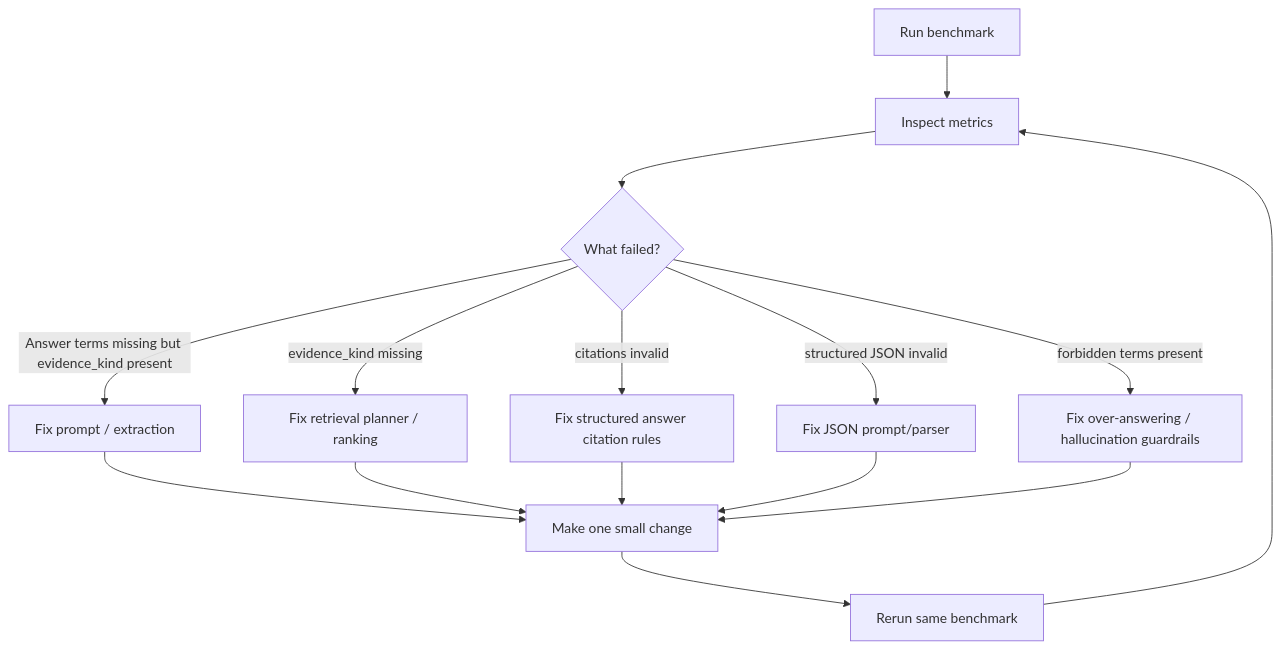
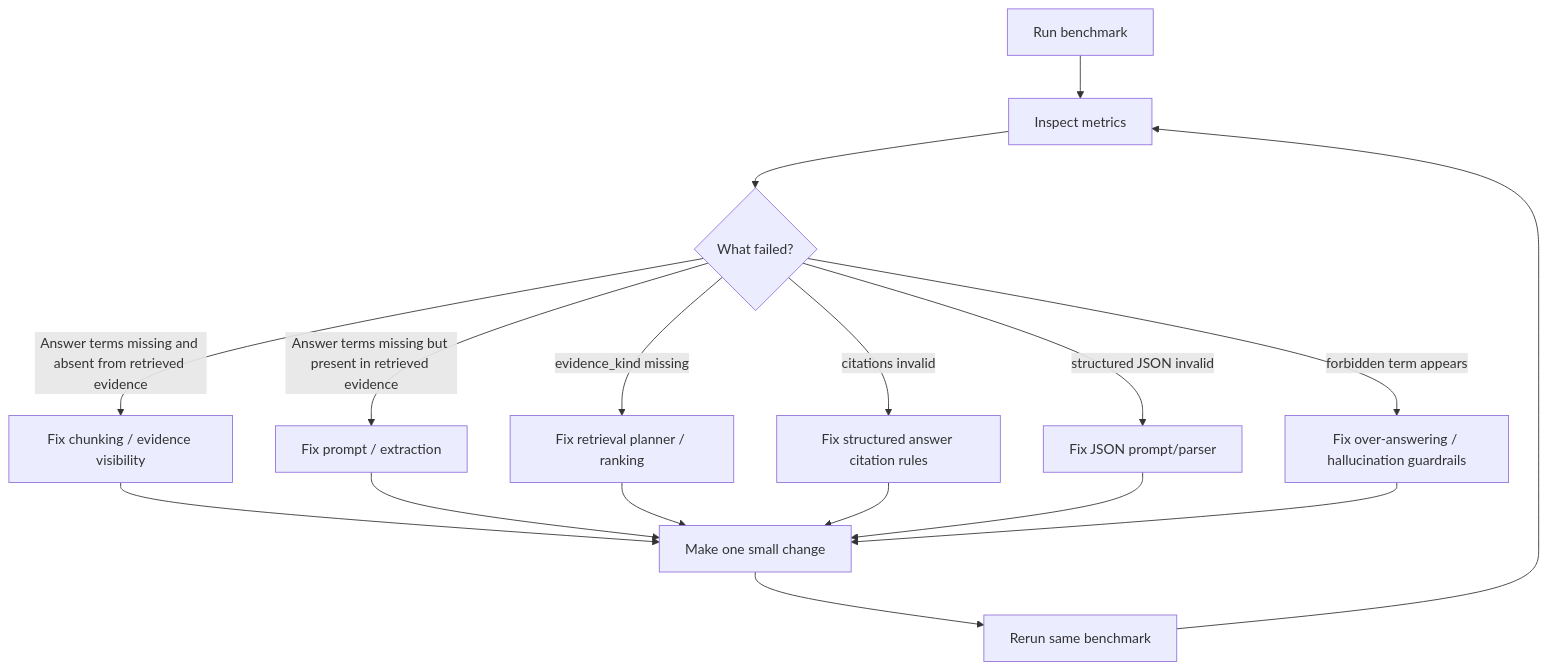
One commit to Kelebrimbor97/Bariatric_Document_version changed the eighth of 8 diagrams in docs/PROJECT_FLOW.md. Above: the diagram before and after it, drawn with Mermaid. The commit also changed other lines of this file and 1 other file, not shown here.

````diff
--- a/docs/PROJECT_FLOW.md
+++ b/docs/PROJECT_FLOW.md
@@ -475,20 +486,22 @@
 ```mermaid
 flowchart TD
     A[Run benchmark] --> B[Inspect metrics]
     B --> C{What failed?}
 
-    C -- Answer terms missing but evidence_kind present --> D[Fix prompt / extraction]
-    C -- evidence_kind missing --> E[Fix retrieval planner / ranking]
-    C -- citations invalid --> F[Fix structured answer citation rules]
-    C -- structured JSON invalid --> G[Fix JSON prompt/parser]
-    C -- forbidden terms present --> H[Fix over-answering / hallucination guardrails]
+    C -- Answer terms missing and absent from retrieved evidence --> D[Fix chunking / evidence visibility]
+    C -- Answer terms missing but present in retrieved evidence --> E[Fix prompt / extraction]
+    C -- evidence_kind missing --> F[Fix retrieval planner / ranking]
+    C -- citations invalid --> G[Fix structured answer citation rules]
+    C -- structured JSON invalid --> H[Fix JSON prompt/parser]
+    C -- forbidden term appears --> I[Fix over-answering / hallucination guardrails]
 
-    D --> I[Make one small change]
-    E --> I
-    F --> I
-    G --> I
-    H --> I
+    D --> J[Make one small change]
+    E --> J
+    F --> J
+    G --> J
+    H --> J
+    I --> J
 
-    I --> J[Rerun same benchmark]
-    J --> B
+    J --> K[Rerun same benchmark]
+    K --> B
 ```
````
